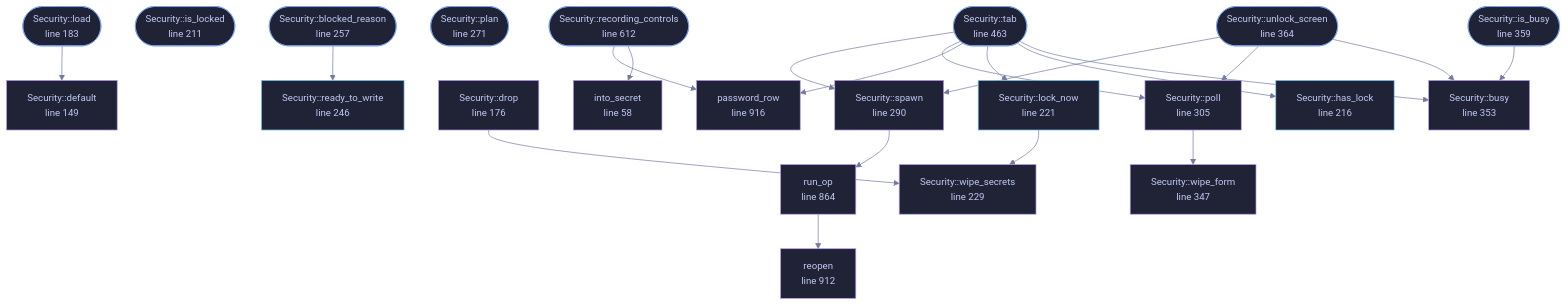
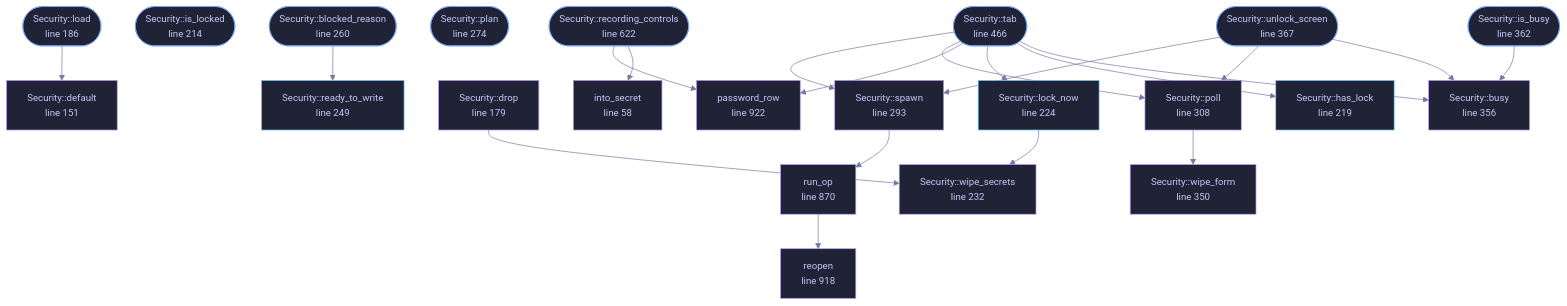
One commit to tilas01/veilvoice changed the diagram in wiki/File-veilvoice-gui-security.md. Above: the diagram before and after it, drawn with Mermaid. The commit also changed other lines of this file and 42 other files, not shown here.

````diff
--- a/wiki/File-veilvoice-gui-security.md
+++ b/wiki/File-veilvoice-gui-security.md
@@ -101,73 +101,73 @@
 ```mermaid
 %%{init: {"theme":"base","themeVariables":{"background":"#1a1b26","primaryColor":"#1f2335","primaryTextColor":"#c0caf5","primaryBorderColor":"#7aa2f7","secondaryColor":"#16161e","tertiaryColor":"#16161e","lineColor":"#737aa2","textColor":"#c0caf5","mainBkg":"#1f2335","nodeBorder":"#7aa2f7","clusterBkg":"#16161e","clusterBorder":"#2f3549","fontFamily":"ui-monospace, SFMono-Regular, Consolas, monospace","fontSize":"14px"}}}%%
 flowchart TD
     n_into_secret["into_secret<br/>line 58"]
-    n_default["Security::default<br/>line 149"]
-    n_drop["Security::drop<br/>line 176"]
-    n_load(["Security::load<br/>line 183"])
-    n_is_locked(["Security::is_locked<br/>line 211"])
-    n_has_lock["Security::has_lock<br/>line 216"]
-    n_lock_now["Security::lock_now<br/>line 221"]
-    n_wipe_secrets["Security::wipe_secrets<br/>line 229"]
-    n_ready_to_write["Security::ready_to_write<br/>line 246"]
-    n_blocked_reason(["Security::blocked_reason<br/>line 257"])
-    n_plan(["Security::plan<br/>line 271"])
-    n_spawn["Security::spawn<br/>line 290"]
-    n_poll["Security::poll<br/>line 305"]
-    n_wipe_form["Security::wipe_form<br/>line 347"]
-    n_busy["Security::busy<br/>line 353"]
-    n_is_busy(["Security::is_busy<br/>line 359"])
-    n_unlock_screen(["Security::unlock_screen<br/>line 364"])
-    n_tab(["Security::tab<br/>line 463"])
-    n_recording_controls(["Security::recording_controls<br/>line 612"])
-    n_run_op["run_op<br/>line 864"]
-    n_reopen["reopen<br/>line 912"]
-    n_password_row["password_row<br/>line 916"]
+    n_default["Security::default<br/>line 151"]
+    n_drop["Security::drop<br/>line 179"]
+    n_load(["Security::load<br/>line 186"])
+    n_is_locked(["Security::is_locked<br/>line 214"])
+    n_has_lock["Security::has_lock<br/>line 219"]
+    n_lock_now["Security::lock_now<br/>line 224"]
+    n_wipe_secrets["Security::wipe_secrets<br/>line 232"]
+    n_ready_to_write["Security::ready_to_write<br/>line 249"]
+    n_blocked_reason(["Security::blocked_reason<br/>line 260"])
+    n_plan(["Security::plan<br/>line 274"])
+    n_spawn["Security::spawn<br/>line 293"]
+    n_poll["Security::poll<br/>line 308"]
+    n_wipe_form["Security::wipe_form<br/>line 350"]
+    n_busy["Security::busy<br/>line 356"]
+    n_is_busy(["Security::is_busy<br/>line 362"])
+    n_unlock_screen(["Security::unlock_screen<br/>line 367"])
+    n_tab(["Security::tab<br/>line 466"])
+    n_recording_controls(["Security::recording_controls<br/>line 622"])
+    n_run_op["run_op<br/>line 870"]
+    n_reopen["reopen<br/>line 918"]
+    n_password_row["password_row<br/>line 922"]
     n_blocked_reason --> n_ready_to_write
     n_drop --> n_wipe_secrets
     n_is_busy --> n_busy
     n_load --> n_default
     n_lock_now --> n_wipe_secrets
     n_poll --> n_wipe_form
     n_recording_controls --> n_into_secret
     n_recording_controls --> n_password_row
     n_run_op --> n_reopen
     n_spawn --> n_run_op
     n_tab --> n_busy
     n_tab --> n_has_lock
     n_tab --> n_lock_now
     n_tab --> n_password_row
     n_tab --> n_poll
     n_tab --> n_spawn
     n_unlock_screen --> n_busy
     n_unlock_screen --> n_poll
     n_unlock_screen --> n_spawn
     click n_into_secret href "https://github.com/tilas01/veilvoice/blob/main/crates/veilvoice-gui/src/security.rs#L58" "open the source"
-    click n_default href "https://github.com/tilas01/veilvoice/blob/main/crates/veilvoice-gui/src/security.rs#L149" "open the source"
-    click n_drop href "https://github.com/tilas01/veilvoice/blob/main/crates/veilvoice-gui/src/security.rs#L176" "open the source"
-    click n_load href "https://github.com/tilas01/veilvoice/blob/main/crates/veilvoice-gui/src/security.rs#L183" "open the source"
-    click n_is_locked href "https://github.com/tilas01/veilvoice/blob/main/crates/veilvoice-gui/src/security.rs#L211" "open the source"
-    click n_has_lock href "https://github.com/tilas01/veilvoice/blob/main/crates/veilvoice-gui/src/security.rs#L216" "open the source"
-    click n_lock_now href "https://github.com/tilas01/veilvoice/blob/main/crates/veilvoice-gui/src/security.rs#L221" "open the source"
-    click n_wipe_secrets href "https://github.com/tilas01/veilvoice/blob/main/crates/veilvoice-gui/src/security.rs#L229" "open the source"
-    click n_ready_to_write href "https://github.com/tilas01/veilvoice/blob/main/crates/veilvoice-gui/src/security.rs#L246" "open the source"
-    click n_blocked_reason href "https://github.com/tilas01/veilvoice/blob/main/crates/veilvoice-gui/src/security.rs#L257" "open the source"
-    click n_plan href "https://github.com/tilas01/veilvoice/blob/main/crates/veilvoice-gui/src/security.rs#L271" "open the source"
-    click n_spawn href "https://github.com/tilas01/veilvoice/blob/main/crates/veilvoice-gui/src/security.rs#L290" "open the source"
-    click n_poll href "https://github.com/tilas01/veilvoice/blob/main/crates/veilvoice-gui/src/security.rs#L305" "open the source"
-    click n_wipe_form href "https://github.com/tilas01/veilvoice/blob/main/crates/veilvoice-gui/src/security.rs#L347" "open the source"
-    click n_busy href "https://github.com/tilas01/veilvoice/blob/main/crates/veilvoice-gui/src/security.rs#L353" "open the source"
-    click n_is_busy href "https://github.com/tilas01/veilvoice/blob/main/crates/veilvoice-gui/src/security.rs#L359" "open the source"
-    click n_unlock_screen href "https://github.com/tilas01/veilvoice/blob/main/crates/veilvoice-gui/src/security.rs#L364" "open the source"
-    click n_tab href "https://github.com/tilas01/veilvoice/blob/main/crates/veilvoice-gui/src/security.rs#L463" "open the source"
-    click n_recording_controls href "https://github.com/tilas01/veilvoice/blob/main/crates/veilvoice-gui/src/security.rs#L612" "open the source"
-    click n_run_op href "https://github.com/tilas01/veilvoice/blob/main/crates/veilvoice-gui/src/security.rs#L864" "open the source"
-    click n_reopen href "https://github.com/tilas01/veilvoice/blob/main/crates/veilvoice-gui/src/security.rs#L912" "open the source"
-    click n_password_row href "https://github.com/tilas01/veilvoice/blob/main/crates/veilvoice-gui/src/security.rs#L916" "open the source"
+    click n_default href "https://github.com/tilas01/veilvoice/blob/main/crates/veilvoice-gui/src/security.rs#L151" "open the source"
+    click n_drop href "https://github.com/tilas01/veilvoice/blob/main/crates/veilvoice-gui/src/security.rs#L179" "open the source"
+    click n_load href "https://github.com/tilas01/veilvoice/blob/main/crates/veilvoice-gui/src/security.rs#L186" "open the source"
+    click n_is_locked href "https://github.com/tilas01/veilvoice/blob/main/crates/veilvoice-gui/src/security.rs#L214" "open the source"
+    click n_has_lock href "https://github.com/tilas01/veilvoice/blob/main/crates/veilvoice-gui/src/security.rs#L219" "open the source"
+    click n_lock_now href "https://github.com/tilas01/veilvoice/blob/main/crates/veilvoice-gui/src/security.rs#L224" "open the source"
+    click n_wipe_secrets href "https://github.com/tilas01/veilvoice/blob/main/crates/veilvoice-gui/src/security.rs#L232" "open the source"
+    click n_ready_to_write href "https://github.com/tilas01/veilvoice/blob/main/crates/veilvoice-gui/src/security.rs#L249" "open the source"
+    click n_blocked_reason href "https://github.com/tilas01/veilvoice/blob/main/crates/veilvoice-gui/src/security.rs#L260" "open the source"
+    click n_plan href "https://github.com/tilas01/veilvoice/blob/main/crates/veilvoice-gui/src/security.rs#L274" "open the source"
+    click n_spawn href "https://github.com/tilas01/veilvoice/blob/main/crates/veilvoice-gui/src/security.rs#L293" "open the source"
+    click n_poll href "https://github.com/tilas01/veilvoice/blob/main/crates/veilvoice-gui/src/security.rs#L308" "open the source"
+    click n_wipe_form href "https://github.com/tilas01/veilvoice/blob/main/crates/veilvoice-gui/src/security.rs#L350" "open the source"
+    click n_busy href "https://github.com/tilas01/veilvoice/blob/main/crates/veilvoice-gui/src/security.rs#L356" "open the source"
+    click n_is_busy href "https://github.com/tilas01/veilvoice/blob/main/crates/veilvoice-gui/src/security.rs#L362" "open the source"
+    click n_unlock_screen href "https://github.com/tilas01/veilvoice/blob/main/crates/veilvoice-gui/src/security.rs#L367" "open the source"
+    click n_tab href "https://github.com/tilas01/veilvoice/blob/main/crates/veilvoice-gui/src/security.rs#L466" "open the source"
+    click n_recording_controls href "https://github.com/tilas01/veilvoice/blob/main/crates/veilvoice-gui/src/security.rs#L622" "open the source"
+    click n_run_op href "https://github.com/tilas01/veilvoice/blob/main/crates/veilvoice-gui/src/security.rs#L870" "open the source"
+    click n_reopen href "https://github.com/tilas01/veilvoice/blob/main/crates/veilvoice-gui/src/security.rs#L918" "open the source"
+    click n_password_row href "https://github.com/tilas01/veilvoice/blob/main/crates/veilvoice-gui/src/security.rs#L922" "open the source"
     classDef entry fill:#1f2335,stroke:#7aa2f7,color:#c0caf5
     class n_load,n_is_locked,n_blocked_reason,n_plan,n_is_busy,n_unlock_screen,n_tab,n_recording_controls entry
     classDef api fill:#1f2335,stroke:#7dcfff,color:#c0caf5
     class n_has_lock,n_lock_now,n_ready_to_write api
     classDef helper fill:#1f2335,stroke:#bb9af7,color:#c0caf5
     class n_into_secret,n_default,n_drop,n_wipe_secrets,n_spawn,n_poll,n_wipe_form,n_busy,n_run_op,n_reopen,n_password_row helper
 ```
````
